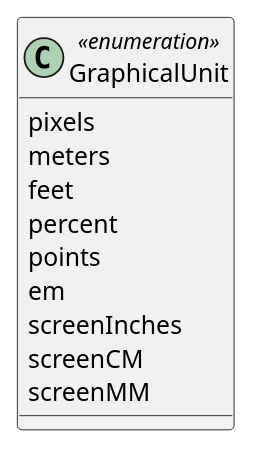
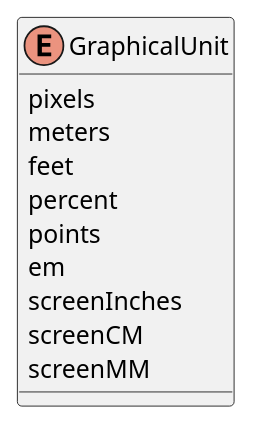
The seventh of 11 diagrams in core/sections/clause_8_vector.adoc (opengeospatial/styles-and-symbology), drawn with PlantUML before and after one commit. The commit also changed other lines of this file and 8 other files, not shown here.

Commit message:
correction to plantuml naming conventions

```diff
--- a/core/sections/clause_8_vector.adoc
+++ b/core/sections/clause_8_vector.adoc
@@ -218,13 +218,13 @@
 [plantuml, target=diagram-classes, format=png]
 ....
-class GraphicalUnit <<enumeration>>
+enum GraphicalUnit
 GraphicalUnit : pixels
 GraphicalUnit : meters
 GraphicalUnit : feet
 GraphicalUnit : percent
 GraphicalUnit : points
 GraphicalUnit : em
 GraphicalUnit : screenInches
 GraphicalUnit : screenCM
 GraphicalUnit : screenMM
 ....
```
